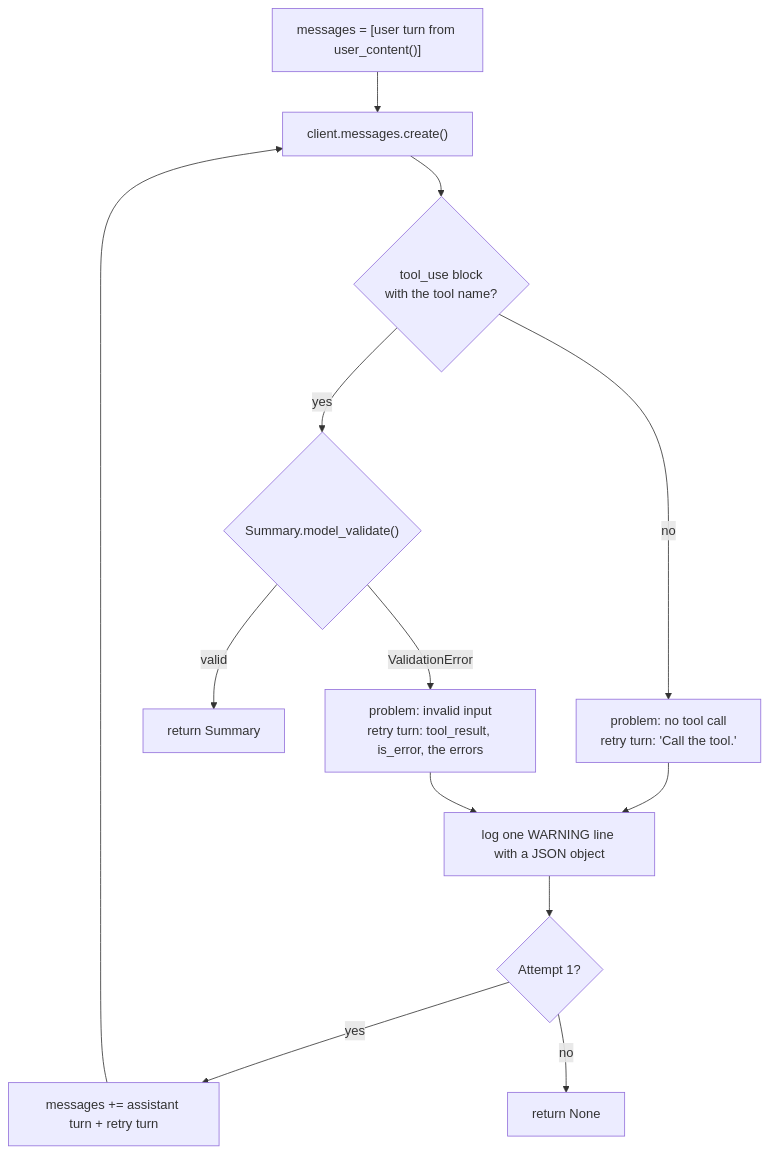
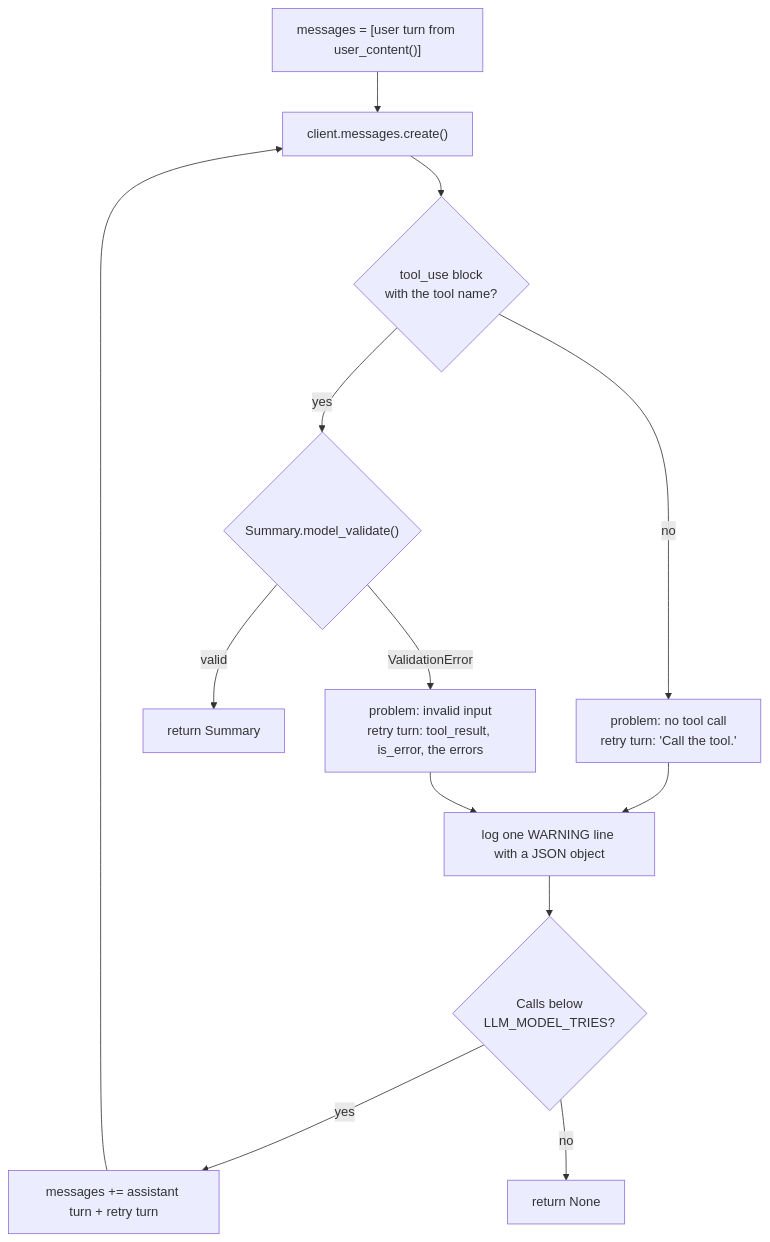
One commit to DeV1L/kindergarten-email-checker changed the diagram in docs/code/summarize.md. Above: the diagram before and after it, drawn with Mermaid. The commit also changed other lines of this file and 12 other files, not shown here.

````diff
--- a/docs/code/summarize.md
+++ b/docs/code/summarize.md
@@ -90,14 +90,14 @@
 ```mermaid
 flowchart TD
     A["messages = [user turn from user_content()]"] --> B["client.messages.create()"]
     B --> C{"tool_use block<br/>with the tool name?"}
     C -->|no| R1["problem: no tool call<br/>retry turn: 'Call the tool.'"]
     C -->|yes| V{"Summary.model_validate()"}
     V -->|valid| OK["return Summary"]
     V -->|ValidationError| R2["problem: invalid input<br/>retry turn: tool_result, is_error, the errors"]
     R1 --> L["log one WARNING line with a JSON object"]
     R2 --> L
-    L --> Q{"Attempt 1?"}
+    L --> Q{"Calls below<br/>LLM_MODEL_TRIES?"}
     Q -->|yes| AP["messages += assistant turn + retry turn"] --> B
     Q -->|no| NONE["return None"]
 ```
````
